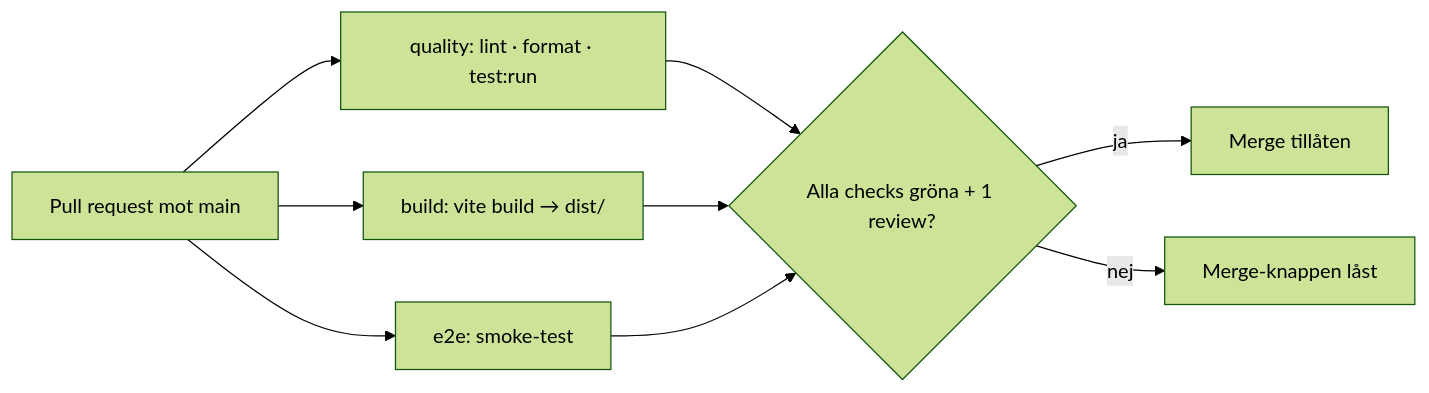
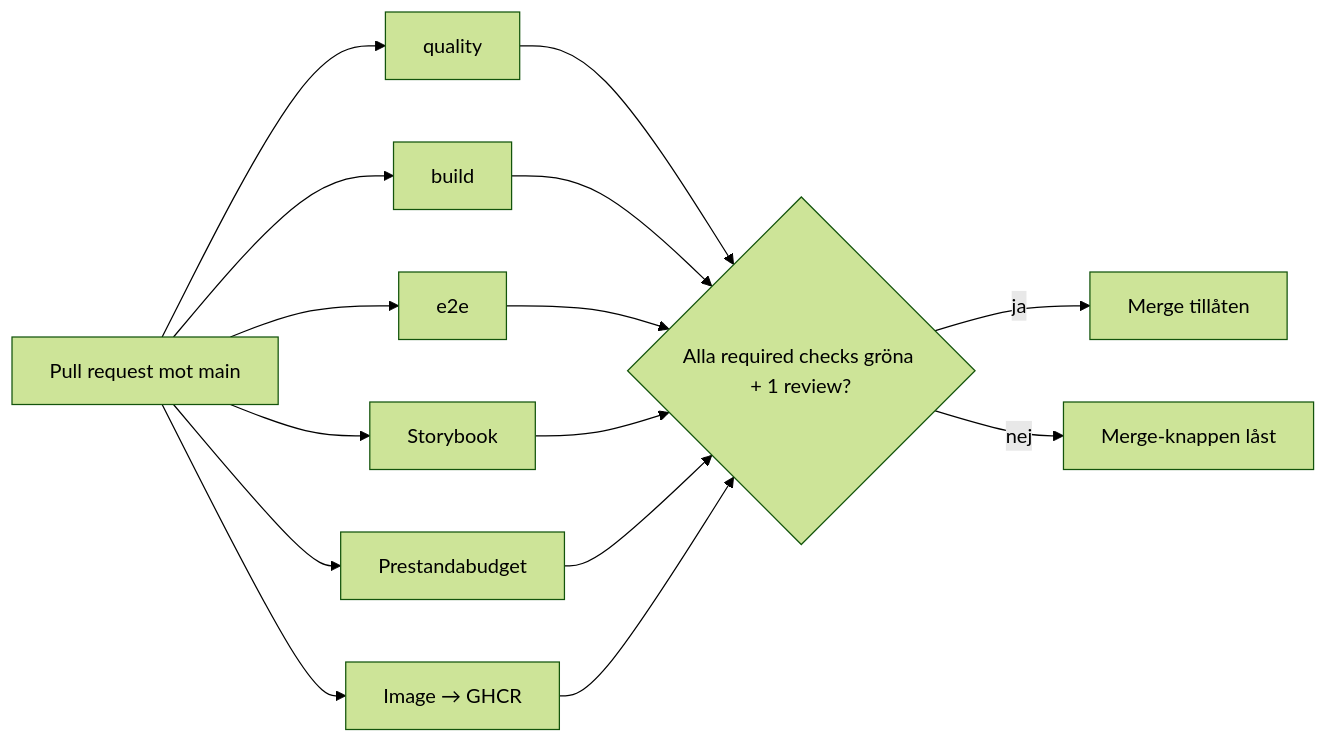
The diagram in docs/pipeline.md (siriprydz/kraftly-tesla), drawn with Mermaid (forest theme) before and after one commit. The commit also changed other lines of this file and 5 other files, not shown here.

````diff
--- a/docs/pipeline.md
+++ b/docs/pipeline.md
@@ -5,11 +5,17 @@
 ```mermaid
 flowchart LR
-    PR[Pull request mot main] --> Q[quality: lint · format · test:run]
-    PR --> B[build: vite build → dist/]
-    PR --> E[e2e: smoke-test]
-    Q --> M{Alla checks gröna + 1 review?}
+    PR[Pull request mot main] --> Q[quality]
+    PR --> B[build]
+    PR --> E[e2e]
+    PR --> SB[Storybook]
+    PR --> LH[Prestandabudget]
+    PR --> IMG[Image → GHCR]
+    Q --> M{Alla required checks gröna + 1 review?}
     B --> M
     E --> M
+    SB --> M
+    LH --> M
+    IMG --> M
     M -- ja --> OK[Merge tillåten]
     M -- nej --> Stop[Merge-knappen låst]
 ```
````
